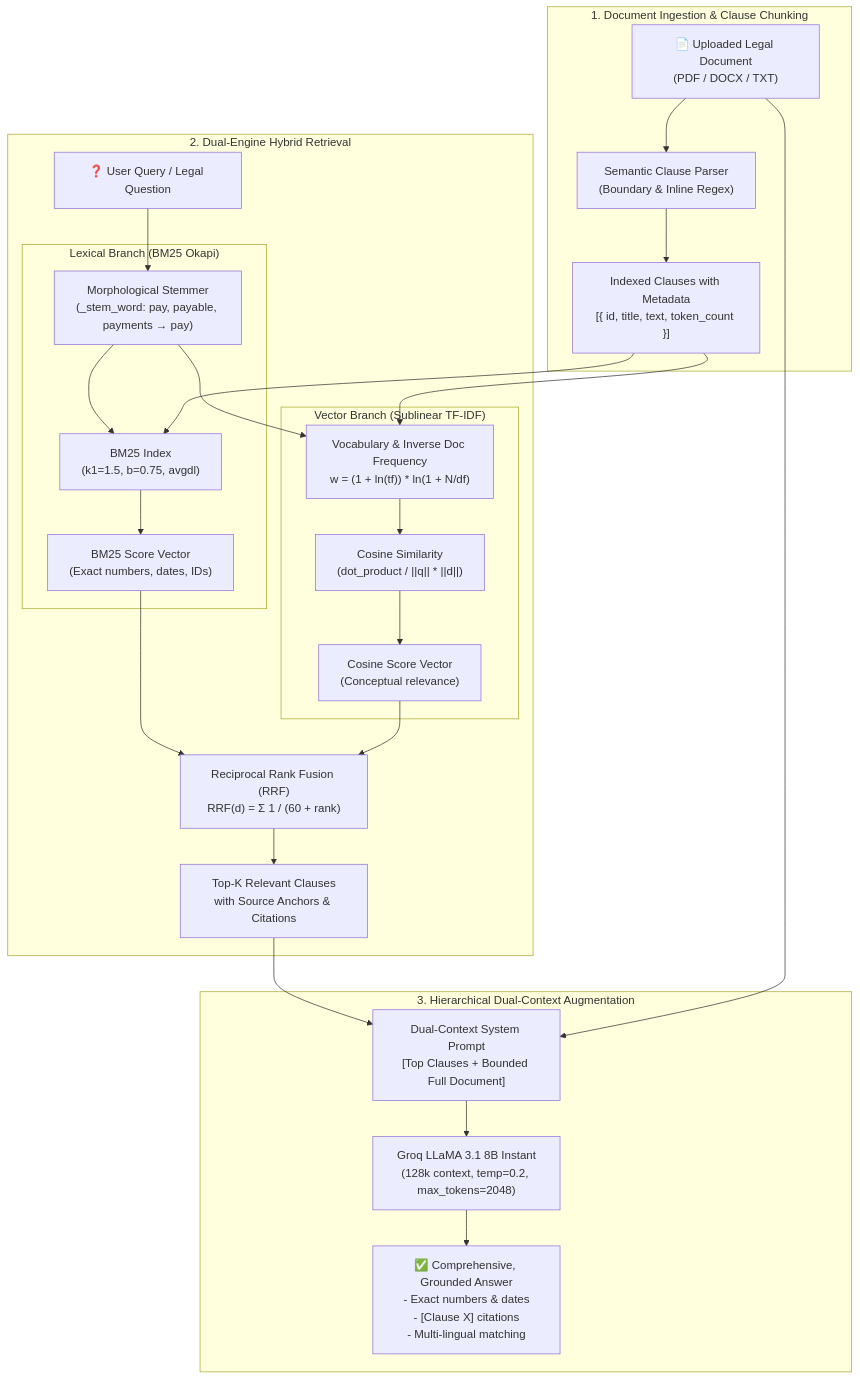
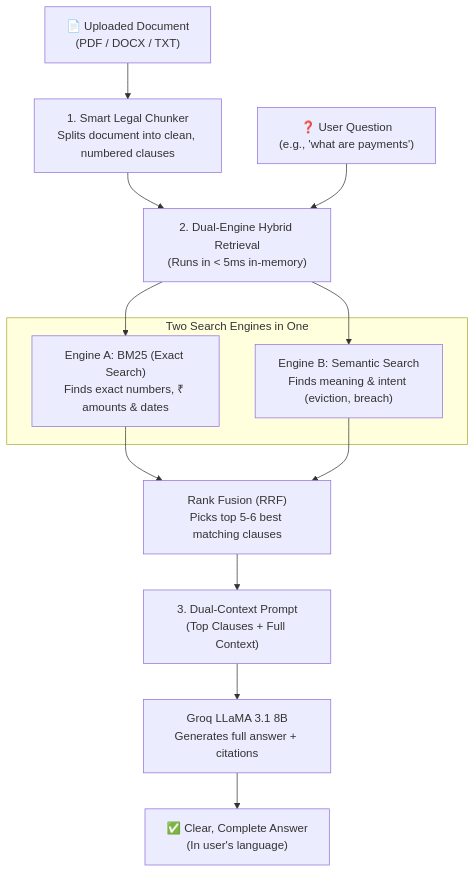
Before and after one commit to lasyaishu05-spec/NyayBot: the diagram in RAG_PIPELINE.md, drawn with Mermaid. The commit also changed other lines of this file and 1 other file, not shown here.

Commit message:
docs: simplify RAG_PIPELINE.md and add clean, interview-ready IMPLEMENTATION.md

````diff
--- a/RAG_PIPELINE.md
+++ b/RAG_PIPELINE.md
@@ -29,49 +25,17 @@
 ```mermaid
 flowchart TD
-    subgraph INGESTION["1. Document Ingestion & Clause Chunking"]
-        RawDoc["📄 Uploaded Legal Document\n(PDF / DOCX / TXT)"]
-        Parser["Semantic Clause Parser\n(Boundary & Inline Regex)"]
-        Chunks["Indexed Clauses with Metadata\n[{ id, title, text, token_count }]"]
-        RawDoc --> Parser --> Chunks
+    A["📄 Uploaded Document\n(PDF / DOCX / TXT)"] --> B["1. Smart Legal Chunker\nSplits document into clean, numbered clauses"]
+    B --> C["2. Dual-Engine Hybrid Retrieval\n(Runs in < 5ms in-memory)"]
+    Q["❓ User Question\n(e.g., 'what are payments')"] --> C
+    
+    subgraph DUAL["Two Search Engines in One"]
+        C1["Engine A: BM25 (Exact Search)\nFinds exact numbers, ₹ amounts & dates"]
+        C2["Engine B: Semantic Search\nFinds meaning & intent (eviction, breach)"]
     end
-
-    subgraph RETRIEVAL["2. Dual-Engine Hybrid Retrieval"]
-        Query["❓ User Query / Legal Question"]
-        Stemmer["Morphological Stemmer\n(_stem_word: pay, payable, payments → pay)"]
-        Query --> Stemmer
-
-        subgraph SPARSE["Lexical Branch (BM25 Okapi)"]
-            BM25["BM25 Index\n(k1=1.5, b=0.75, avgdl)"]
-            Stemmer --> BM25
-            Chunks --> BM25
-            ScoreBM25["BM25 Score Vector\n(Exact numbers, dates, IDs)"]
-            BM25 --> ScoreBM25
-        end
-
-        subgraph DENSE["Vector Branch (Sublinear TF-IDF)"]
-            TFIDF["Vocabulary & Inverse Doc Frequency\nw = (1 + ln(tf)) * ln(1 + N/df)"]
-            Cosine["Cosine Similarity\n(dot_product / ||q|| * ||d||)"]
-            Stemmer --> TFIDF
-            Chunks --> TFIDF
-            TFIDF --> Cosine
-            ScoreVec["Cosine Score Vector\n(Conceptual relevance)"]
-            Cosine --> ScoreVec
-        end
-
-        RRF["Reciprocal Rank Fusion (RRF)\nRRF(d) = Σ 1 / (60 + rank)"]
-        ScoreBM25 --> RRF
-        ScoreVec --> RRF
-        TopK["Top-K Relevant Clauses\nwith Source Anchors & Citations"]
-        RRF --> TopK
-    end
-
-    subgraph GENERATION["3. Hierarchical Dual-Context Augmentation"]
-        Prompt["Dual-Context System Prompt\n[Top Clauses + Bounded Full Document]"]
-        TopK --> Prompt
-        RawDoc --> Prompt
-        LLM["Groq LLaMA 3.1 8B Instant\n(128k context, temp=0.2, max_tokens=2048)"]
-        Prompt --> LLM
-        Response["✅ Comprehensive, Grounded Answer\n- Exact numbers & dates\n- [Clause X] citations\n- Multi-lingual matching"]
-        LLM --> Response
-    end
+    
+    C --> C1 & C2
+    C1 & C2 --> D["Rank Fusion (RRF)\nPicks top 5-6 best matching clauses"]
+    D --> E["3. Dual-Context Prompt\n(Top Clauses + Full Context)"]
+    E --> F["Groq LLaMA 3.1 8B\nGenerates full answer + citations"]
+    F --> G["✅ Clear, Complete Answer\n(In user's language)"]
 ```
````
